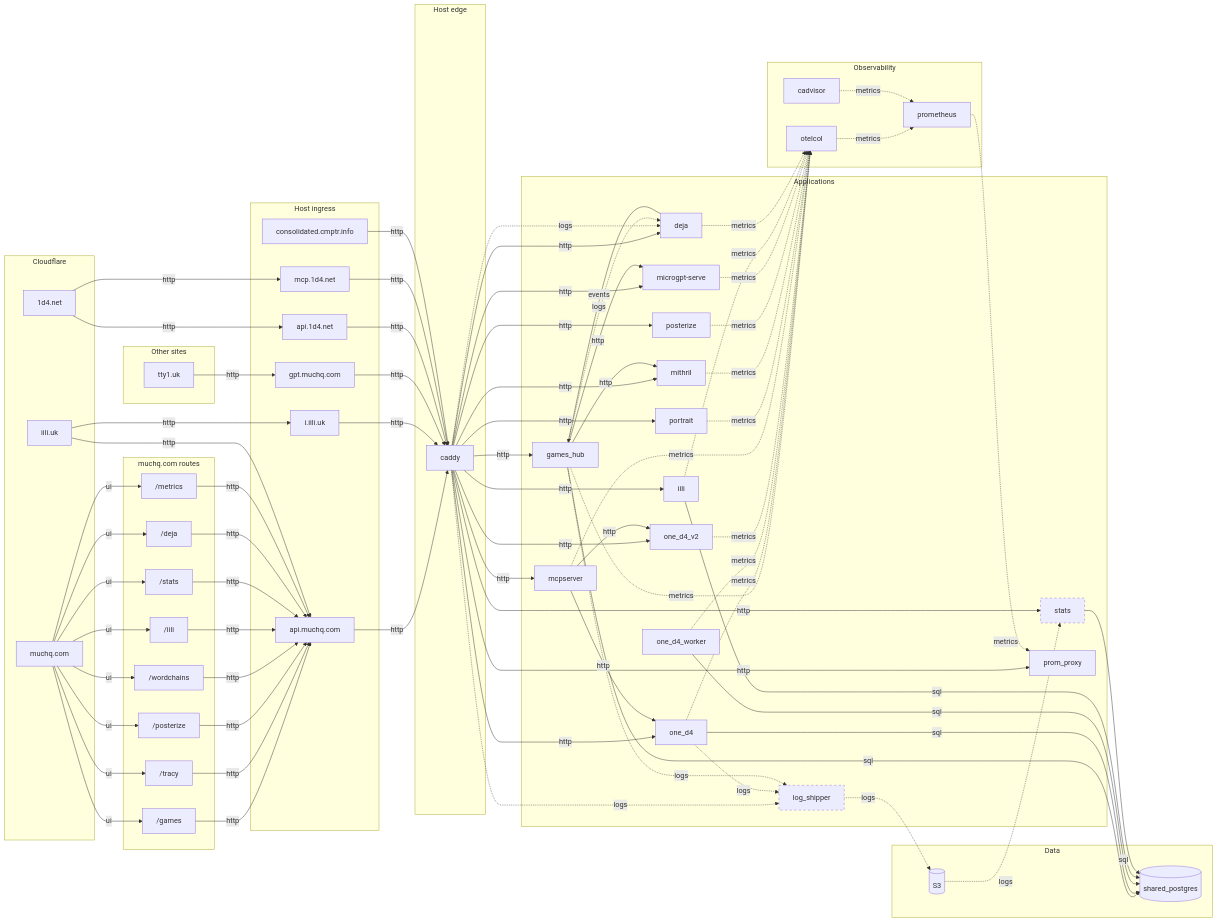
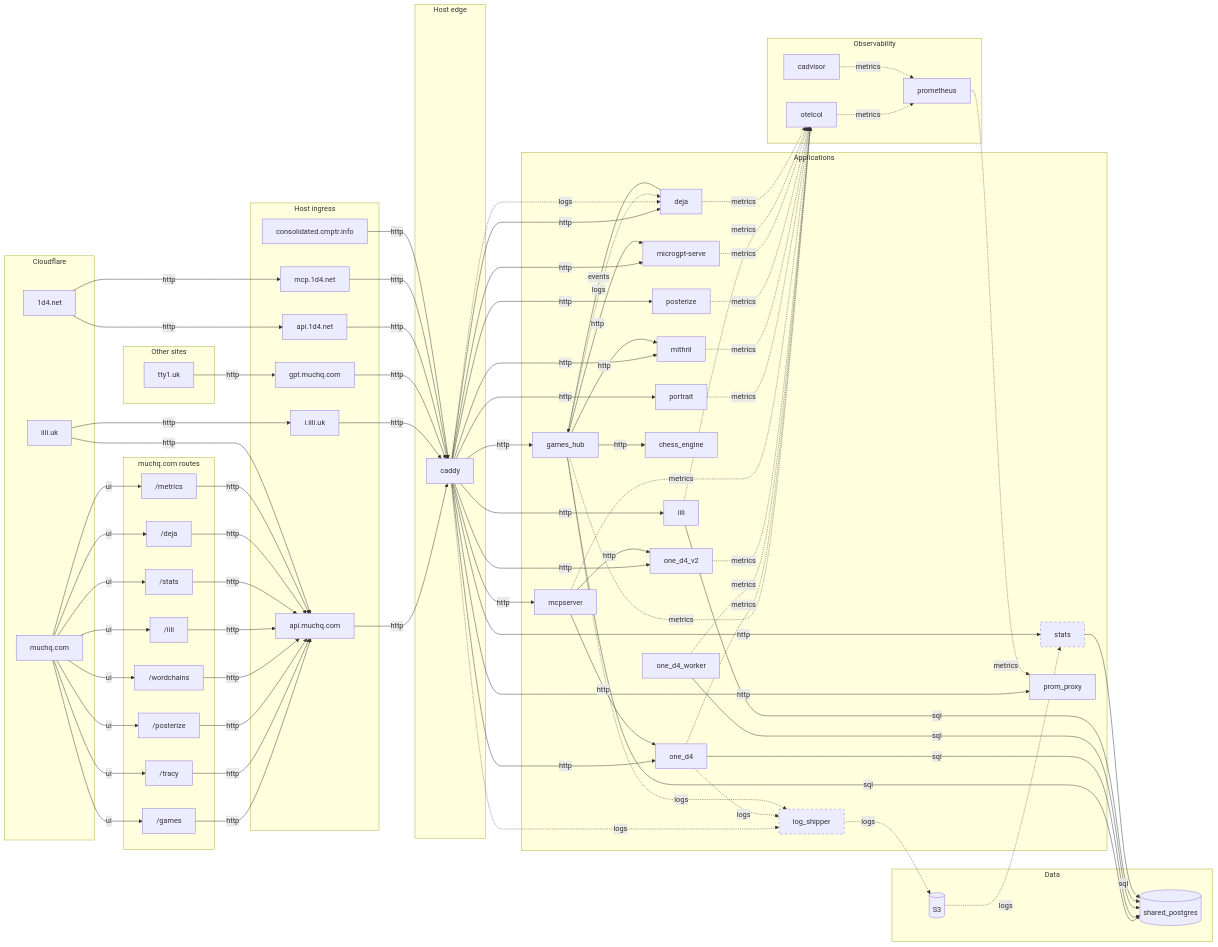
The diagram in src/apps/topology/topology.mmd (muchq/muchq.github.io), drawn with Mermaid before and after one commit. The commit also changed 8 other files, not shown here.

```diff
--- a/src/apps/topology/topology.mmd
+++ b/src/apps/topology/topology.mmd
@@ -1,152 +1,154 @@
 flowchart LR
   subgraph cf["Cloudflare"]
     muchq_com["muchq.com"]
     iili_uk["iili.uk"]
     one_d4_net["1d4.net"]
   end
 
   subgraph ext["Other sites"]
     tty1_uk["tty1.uk"]
   end
 
   subgraph ingress["Host ingress"]
     api_muchq["api.muchq.com"]
     i_iili_uk["i.iili.uk"]
     gpt_muchq["gpt.muchq.com"]
     api_1d4["api.1d4.net"]
     mcp_1d4["mcp.1d4.net"]
     cmptr["consolidated.cmptr.info"]
   end
 
   subgraph ui["muchq.com routes"]
     ui_games["/games"]
     ui_tracy["/tracy"]
     ui_posterize["/posterize"]
     ui_wordchains["/wordchains"]
     ui_iili["/iili"]
     ui_stats["/stats"]
     ui_deja["/deja"]
     ui_metrics["/metrics"]
   end
 
   subgraph edge["Host edge"]
     caddy["caddy"]
   end
 
   subgraph apps["Applications"]
     games_hub["games_hub"]
     one_d4["one_d4"]
     one_d4_worker["one_d4_worker"]
     one_d4_v2["one_d4_v2"]
     mcpserver["mcpserver"]
     portrait["portrait"]
     mithril["mithril"]
+    chess_engine["chess_engine"]
     posterize["posterize"]
     microgpt-serve["microgpt-serve"]
     iili["iili"]
     deja["deja"]
     stats["stats"]:::gated
     log_shipper["log_shipper"]:::gated
     prom_proxy["prom_proxy"]
   end
 
   subgraph data["Data"]
     shared_postgres[("shared_postgres")]
     s3[("S3")]
   end
 
   subgraph obs["Observability"]
     otelcol["otelcol"]
     prometheus["prometheus"]
     cadvisor["cadvisor"]
   end
 
   muchq_com -->|ui| ui_games
   muchq_com -->|ui| ui_tracy
   muchq_com -->|ui| ui_posterize
   muchq_com -->|ui| ui_wordchains
   muchq_com -->|ui| ui_iili
   muchq_com -->|ui| ui_stats
   muchq_com -->|ui| ui_deja
   muchq_com -->|ui| ui_metrics
 
   ui_games -->|http| api_muchq
   ui_tracy -->|http| api_muchq
   ui_posterize -->|http| api_muchq
   ui_wordchains -->|http| api_muchq
   ui_iili -->|http| api_muchq
   ui_stats -->|http| api_muchq
   ui_deja -->|http| api_muchq
   ui_metrics -->|http| api_muchq
 
   iili_uk -->|http| api_muchq
   iili_uk -->|http| i_iili_uk
   one_d4_net -->|http| api_1d4
   one_d4_net -->|http| mcp_1d4
   tty1_uk -->|http| gpt_muchq
 
   api_muchq -->|http| caddy
   i_iili_uk -->|http| caddy
   gpt_muchq -->|http| caddy
   api_1d4 -->|http| caddy
   mcp_1d4 -->|http| caddy
   cmptr -->|http| caddy
 
   caddy -->|http| games_hub
   caddy -->|http| portrait
   caddy -->|http| mithril
   caddy -->|http| posterize
   caddy -->|http| microgpt-serve
   caddy -->|http| one_d4
   caddy -->|http| one_d4_v2
   caddy -->|http| iili
   caddy -->|http| stats
   caddy -->|http| deja
   caddy -->|http| mcpserver
   caddy -->|http| prom_proxy
 
   mcpserver -->|http| one_d4
   mcpserver -->|http| one_d4_v2
   deja -->|events| games_hub
 
   games_hub -->|sql| shared_postgres
   games_hub -->|http| microgpt-serve
   games_hub -->|http| mithril
+  games_hub -->|http| chess_engine
   one_d4 -->|sql| shared_postgres
   one_d4_worker -->|sql| shared_postgres
   iili -->|sql| shared_postgres
   stats -->|sql| shared_postgres
 
   caddy -.->|logs| deja
   games_hub -.->|logs| deja
   caddy -.->|logs| log_shipper
   one_d4 -.->|logs| log_shipper
   games_hub -.->|logs| log_shipper
   log_shipper -.->|logs| s3
   s3 -.->|logs| stats
 
   games_hub -.->|metrics| otelcol
   one_d4 -.->|metrics| otelcol
   one_d4_worker -.->|metrics| otelcol
   one_d4_v2 -.->|metrics| otelcol
   mcpserver -.->|metrics| otelcol
   portrait -.->|metrics| otelcol
   mithril -.->|metrics| otelcol
   posterize -.->|metrics| otelcol
   microgpt-serve -.->|metrics| otelcol
   iili -.->|metrics| otelcol
   deja -.->|metrics| otelcol
   otelcol -.->|metrics| prometheus
   cadvisor -.->|metrics| prometheus
   prometheus -.->|metrics| prom_proxy
 
   classDef gated stroke-dasharray: 5 5
 
   click games_hub "https://muchq.com/games"
   click portrait "https://muchq.com/tracy"
   click posterize "https://muchq.com/posterize"
   click mithril "https://muchq.com/wordchains"
   click iili "https://muchq.com/iili"
   click stats "https://muchq.com/stats"
   click deja "https://muchq.com/deja"
   click prom_proxy "https://muchq.com/metrics"
```
